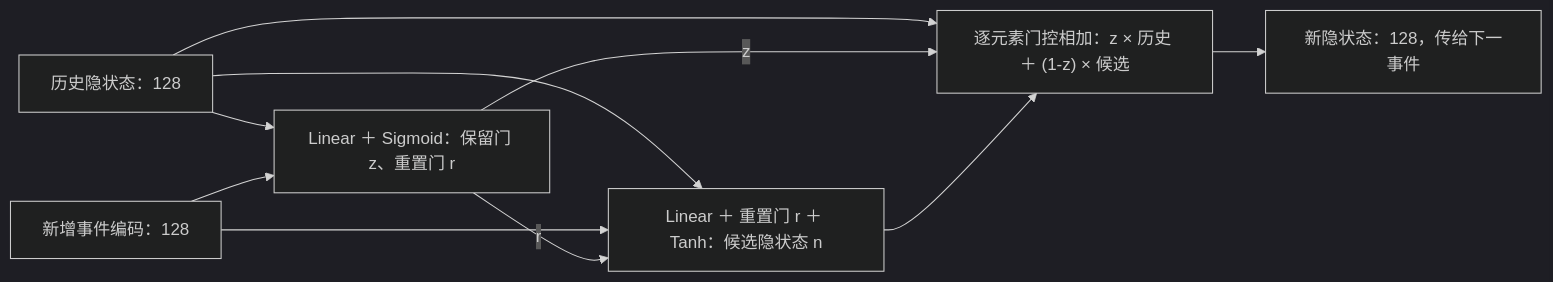
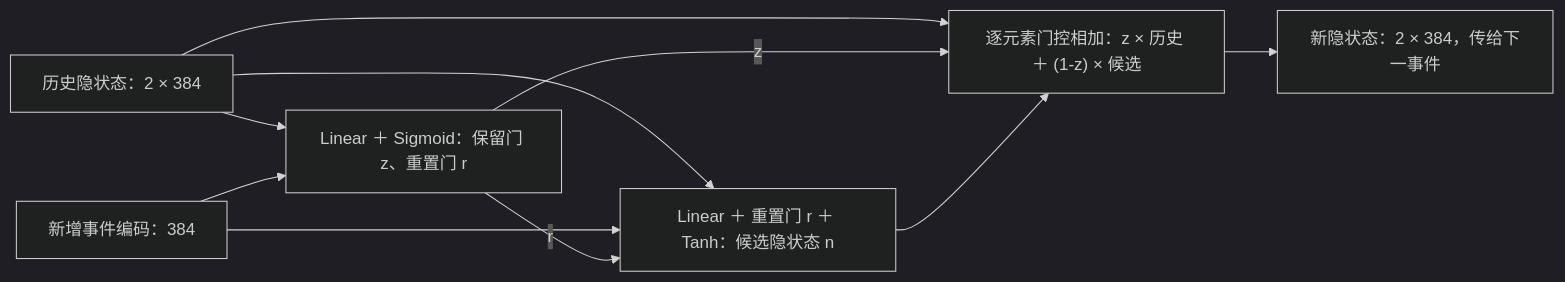
The seventh of 7 diagrams in MODEL_DESIGN.md (ChickenD233/Alpha-Roco), drawn with Mermaid (dark theme) before and after one commit. The commit also changed other lines of this file and 16 other files, not shown here.

````diff
--- a/MODEL_DESIGN.md
+++ b/MODEL_DESIGN.md
@@ -197,12 +209,12 @@
 ```mermaid
 flowchart LR
-    H["历史隐状态：128"] --> G["Linear ＋ Sigmoid：保留门 z、重置门 r"]
-    X["新增事件编码：128"] --> G
+    H["历史隐状态：2 × 384"] --> G["Linear ＋ Sigmoid：保留门 z、重置门 r"]
+    X["新增事件编码：384"] --> G
     H --> N["Linear ＋ 重置门 r ＋ Tanh：候选隐状态 n"]
     X --> N
     G -->|"r"| N
     H --> M["逐元素门控相加：z × 历史 ＋ (1-z) × 候选"]
     G -->|"z"| M
     N --> M
-    M --> O["新隐状态：128，传给下一事件"]
+    M --> O["新隐状态：2 × 384，传给下一事件"]
 ```
````
